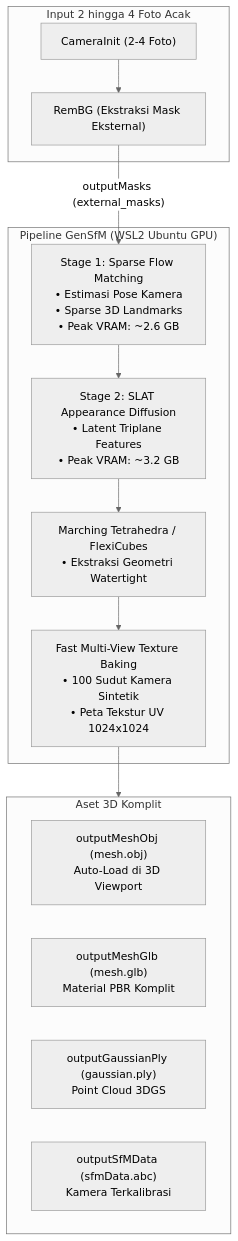
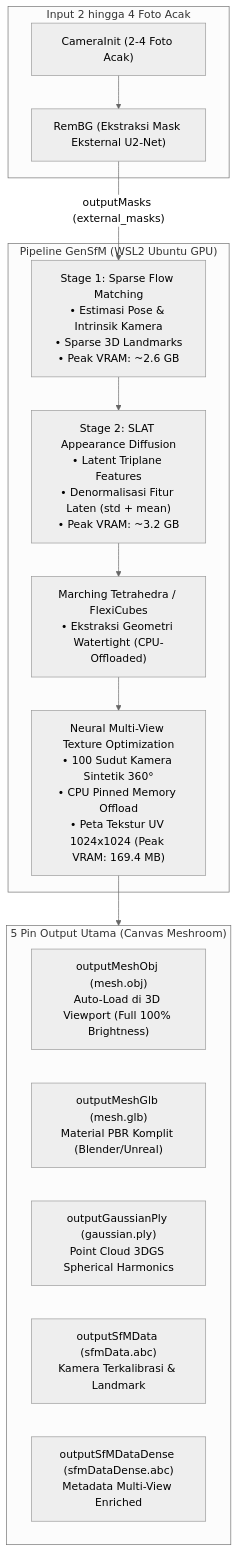
Before and after one commit to NyxNyfa/Meshroom-Add-ons: the first of 2 diagrams in walkthrough_GenSfM.md, drawn with Mermaid (neutral theme). The commit also changed other lines of this file, not shown here.

Commit message:
docs(gensfm): update walkthrough with low-vram neural texturing and 5 primary outputs

````diff
--- a/walkthrough_GenSfM.md
+++ b/walkthrough_GenSfM.md
@@ -11,25 +11,26 @@
 ```mermaid
 flowchart TD
     subgraph INPUT ["Input 2 hingga 4 Foto Acak"]
-        CI["CameraInit (2-4 Foto)"]
-        RBG["RemBG (Ekstraksi Mask Eksternal)"]
+        CI["CameraInit (2-4 Foto Acak)"]
+        RBG["RemBG (Ekstraksi Mask Eksternal U2-Net)"]
     end
 
     subgraph ENGINE ["Pipeline GenSfM (WSL2 Ubuntu GPU)"]
-        STAGE1["Stage 1: Sparse Flow Matching\n• Estimasi Pose Kamera\n• Sparse 3D Landmarks\n• Peak VRAM: ~2.6 GB"]
-        STAGE2["Stage 2: SLAT Appearance Diffusion\n• Latent Triplane Features\n• Peak VRAM: ~3.2 GB"]
-        MESHER["Marching Tetrahedra / FlexiCubes\n• Ekstraksi Geometri Watertight"]
-        BAKER["Fast Multi-View Texture Baking\n• 100 Sudut Kamera Sintetik\n• Peta Tekstur UV 1024x1024"]
+        STAGE1["Stage 1: Sparse Flow Matching\n• Estimasi Pose & Intrinsik Kamera\n• Sparse 3D Landmarks\n• Peak VRAM: ~2.6 GB"]
+        STAGE2["Stage 2: SLAT Appearance Diffusion\n• Latent Triplane Features\n• Denormalisasi Fitur Laten (std + mean)\n• Peak VRAM: ~3.2 GB"]
+        MESHER["Marching Tetrahedra / FlexiCubes\n• Ekstraksi Geometri Watertight (CPU-Offloaded)"]
+        BAKER["Neural Multi-View Texture Optimization\n• 100 Sudut Kamera Sintetik 360°\n• CPU Pinned Memory Offload\n• Peta Tekstur UV 1024x1024 (Peak VRAM: 169.4 MB)"]
     end
 
-    subgraph OUTPUT ["Aset 3D Komplit"]
-        OBJ["outputMeshObj (mesh.obj)\nAuto-Load di 3D Viewport"]
-        GLB["outputMeshGlb (mesh.glb)\nMaterial PBR Komplit"]
-        PLY["outputGaussianPly (gaussian.ply)\nPoint Cloud 3DGS"]
-        ABC["outputSfMData (sfmData.abc)\nKamera Terkalibrasi"]
+    subgraph OUTPUT ["5 Pin Output Utama (Canvas Meshroom)"]
+        OBJ["outputMeshObj (mesh.obj)\nAuto-Load di 3D Viewport (Full 100% Brightness)"]
+        GLB["outputMeshGlb (mesh.glb)\nMaterial PBR Komplit (Blender/Unreal)"]
+        PLY["outputGaussianPly (gaussian.ply)\nPoint Cloud 3DGS Spherical Harmonics"]
+        ABC["outputSfMData (sfmData.abc)\nKamera Terkalibrasi & Landmark"]
+        ABCD["outputSfMDataDense (sfmDataDense.abc)\nMetadata Multi-View Enriched"]
     end
 
     CI --> RBG
     RBG -- "outputMasks (external_masks)" --> STAGE1
     STAGE1 --> STAGE2 --> MESHER --> BAKER --> OUTPUT
 ```
````
